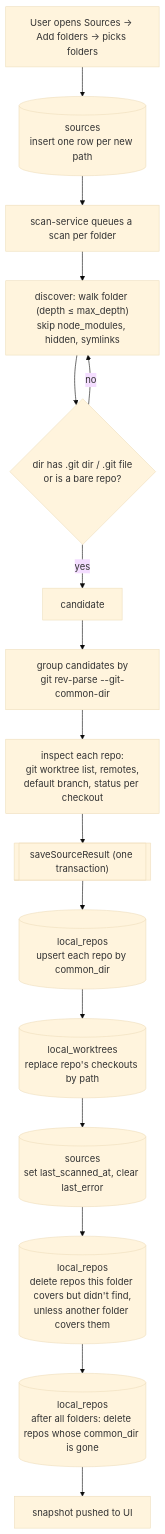
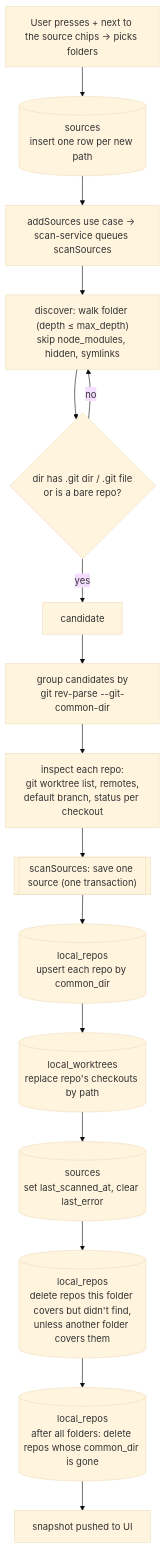
Before and after one commit to idotalmor/the-garage-desktop-rn: the second of 3 diagrams in src/main/local-repos/db/tables/README.md, drawn with Mermaid (base theme). The commit also changed other lines of this file and 55 other files, not shown here.

First line of the commit message:
Refactor: git and sqlite libraries, per-table schema/mapper/queries, use-cases layer

````diff
--- a/src/main/local-repos/db/tables/README.md
+++ b/src/main/local-repos/db/tables/README.md
@@ -91,18 +93,18 @@
 ```mermaid
 flowchart TD
-  A[User opens Sources → Add folders → picks folders] --> B[(sources<br/>insert one row per new path)]
-  B --> C[scan-service queues a scan per folder]
+  A[User presses + next to the source chips → picks folders] --> B[(sources<br/>insert one row per new path)]
+  B --> C[addSources use case → scan-service queues scanSources]
   C --> D["discover: walk folder (depth ≤ max_depth)<br/>skip node_modules, hidden, symlinks"]
   D --> E{"dir has .git dir / .git file<br/>or is a bare repo?"}
   E -- no --> D
   E -- yes --> F[candidate]
   F --> G["group candidates by<br/>git rev-parse --git-common-dir"]
   G --> H["inspect each repo:<br/>git worktree list, remotes,<br/>default branch, status per checkout"]
-  H --> I[["saveSourceResult (one transaction)"]]
+  H --> I[["scanSources: save one source (one transaction)"]]
   I --> I2[(local_repos<br/>upsert each repo by common_dir)]
   I2 --> I4[(local_worktrees<br/>replace repo's checkouts by path)]
   I4 --> I5[(sources<br/>set last_scanned_at, clear last_error)]
   I5 --> I6[(local_repos<br/>delete repos this folder covers but didn't find,<br/>unless another folder covers them)]
   I6 --> I7[(local_repos<br/>after all folders: delete repos whose common_dir is gone)]
   I7 --> J[snapshot pushed to UI]
 ```
````
